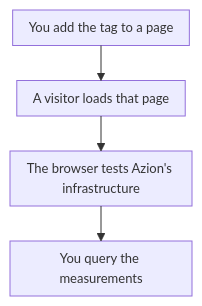
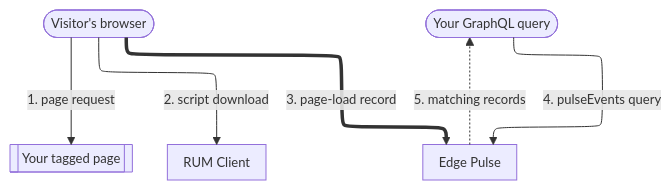
The diagram in apps/docs/src/content/docs/en/pages/main-menu/reference/observe/edge-pulse/edge-pulse.mdx (aziontech/docs), drawn with Mermaid before and after one commit. The commit also changed other lines of this file and 3 other files, not shown here.

First line of the commit message:
fix(edge-pulse): rebuild the Overview from tested behavior and move its scope facts to the tag page

````diff
--- a/apps/docs/src/content/docs/en/pages/main-menu/reference/observe/edge-pulse/edge-pulse.mdx
+++ b/apps/docs/src/content/docs/en/pages/main-menu/reference/observe/edge-pulse/edge-pulse.mdx
@@ -25,7 +29,14 @@
 ```mermaid
-%%{init: {"layout": "elk", "themeVariables": {"fontSize": "13px"}, "flowchart": {"nodeSpacing": 24, "rankSpacing": 36, "padding": 8, "wrappingWidth": 150, "useMaxWidth": true}, "sequence": {"width": 120, "actorMargin": 30, "useMaxWidth": true}}}%%
+%%{init: {"layout": "elk", "elk": {"cycleBreakingStrategy": "MODEL_ORDER"}, "themeVariables": {"fontSize": "13px"}, "flowchart": {"nodeSpacing": 24, "rankSpacing": 36, "padding": 8, "wrappingWidth": 150, "useMaxWidth": true}, "sequence": {"width": 120, "actorMargin": 30, "useMaxWidth": true}}}%%
 flowchart TD
-  Tag["You add the tag to a page"] --> Visit["A visitor loads that page"]
-  Visit --> Test["The browser tests Azion's infrastructure"]
-  Test --> Query["You query the measurements"]
+  Browser(["Visitor's browser"])
+  Page[["Your tagged page"]]
+  Client["RUM Client"]
+  EP["Edge Pulse"]
+  Reader(["Your GraphQL query"])
+  Browser -->|"1. page request"| Page
+  Browser -->|"2. script download"| Client
+  Browser ==>|"3. page-load record"| EP
+  Reader -->|"4. pulseEvents query"| EP
+  EP -.->|"5. matching records"| Reader
 ```
````
